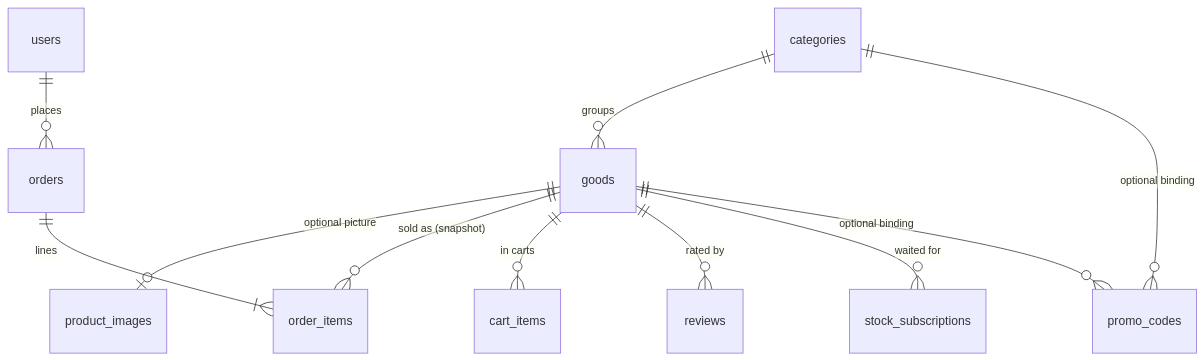
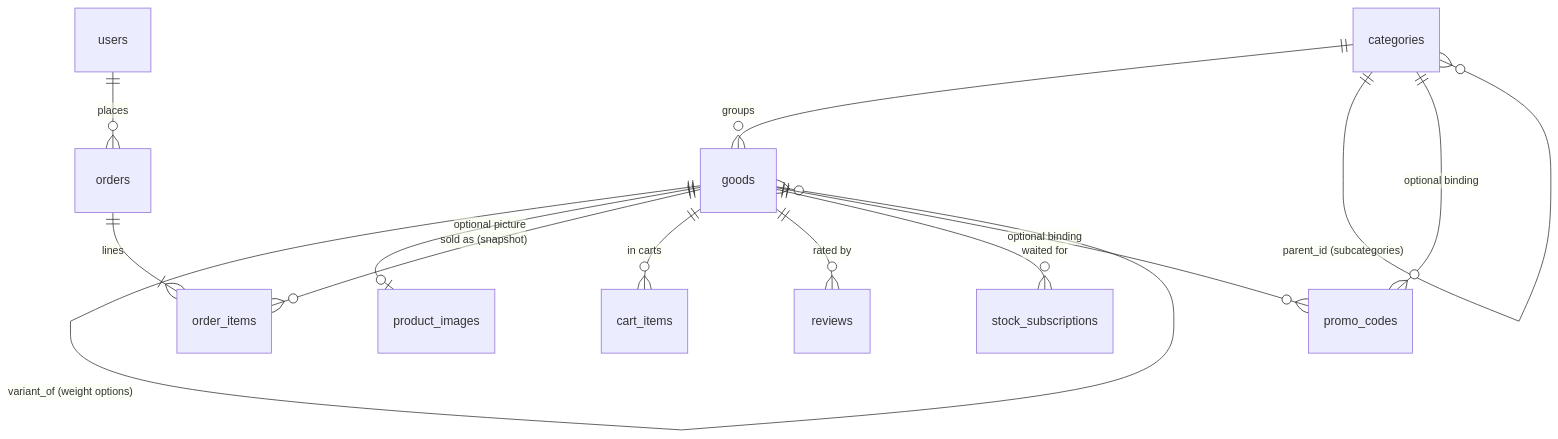
One commit to aventurine-tech/Telegram-shop changed the fourth of 5 diagrams in README.md. Above: the diagram before and after it, drawn with Mermaid. The commit also changed other lines of this file and 5 other files, not shown here.

````diff
--- a/README.md
+++ b/README.md
@@ -246,13 +262,15 @@
 ```mermaid
 erDiagram
     categories ||--o{ goods: "groups"
+    categories ||--o{ categories: "parent_id (subcategories)"
+    goods ||--o{ goods: "variant_of (weight options)"
     goods ||--o| product_images: "optional picture"
     goods ||--o{ order_items: "sold as (snapshot)"
     orders ||--|{ order_items: "lines"
     users ||--o{ orders: "places"
     goods ||--o{ cart_items: "in carts"
     goods ||--o{ reviews: "rated by"
     goods ||--o{ stock_subscriptions: "waited for"
     categories ||--o{ promo_codes: "optional binding"
     goods ||--o{ promo_codes: "optional binding"
 ```
````
